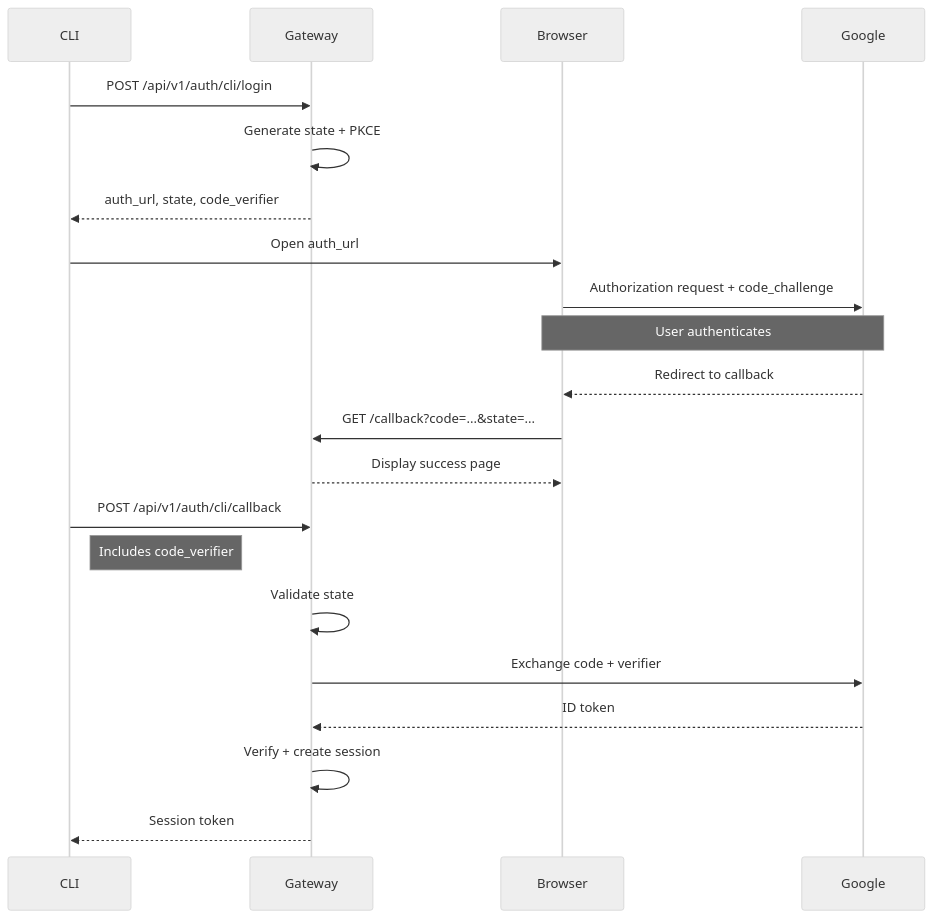
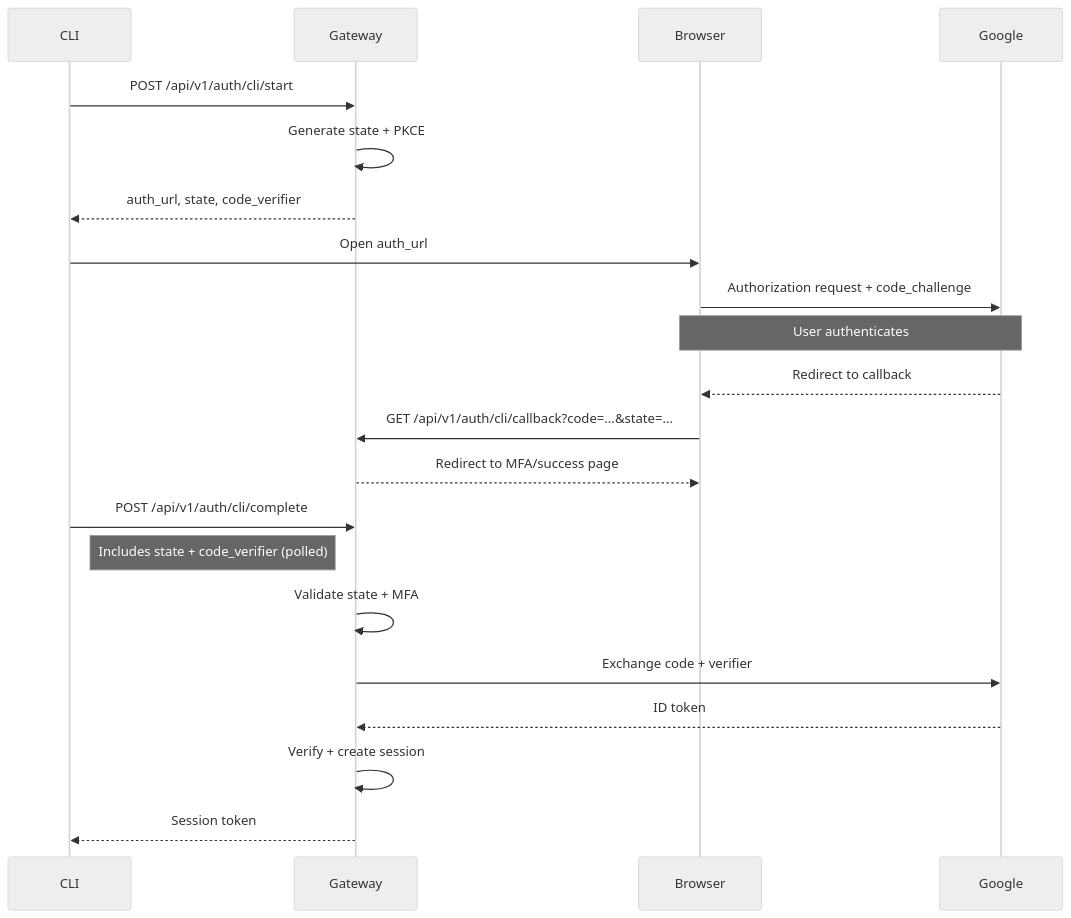
One commit to DocSpring/rack-gateway changed the second of 2 diagrams in docs/src/content/docs/security/authentication/oauth-flow.mdx. Above: the diagram before and after it, drawn with Mermaid (neutral theme). The commit also changed 52 other files, not shown here.

````diff
--- a/docs/src/content/docs/security/authentication/oauth-flow.mdx
+++ b/docs/src/content/docs/security/authentication/oauth-flow.mdx
@@ -90,26 +90,26 @@
 ```mermaid
 sequenceDiagram
     participant CLI
     participant Gateway
     participant Browser
     participant Google
 
-    CLI->>Gateway: POST /api/v1/auth/cli/login
+    CLI->>Gateway: POST /api/v1/auth/cli/start
     Gateway->>Gateway: Generate state + PKCE
     Gateway-->>CLI: auth_url, state, code_verifier
 
     CLI->>Browser: Open auth_url
     Browser->>Google: Authorization request + code_challenge
     Note over Browser,Google: User authenticates
     Google-->>Browser: Redirect to callback
-    Browser->>Gateway: GET /callback?code=...&state=...
-    Gateway-->>Browser: Display success page
+    Browser->>Gateway: GET /api/v1/auth/cli/callback?code=...&state=...
+    Gateway-->>Browser: Redirect to MFA/success page
 
-    CLI->>Gateway: POST /api/v1/auth/cli/callback
-    Note right of CLI: Includes code_verifier
-    Gateway->>Gateway: Validate state
+    CLI->>Gateway: POST /api/v1/auth/cli/complete
+    Note right of CLI: Includes state + code_verifier (polled)
+    Gateway->>Gateway: Validate state + MFA
     Gateway->>Google: Exchange code + verifier
     Google-->>Gateway: ID token
     Gateway->>Gateway: Verify + create session
     Gateway-->>CLI: Session token
 ```
````
